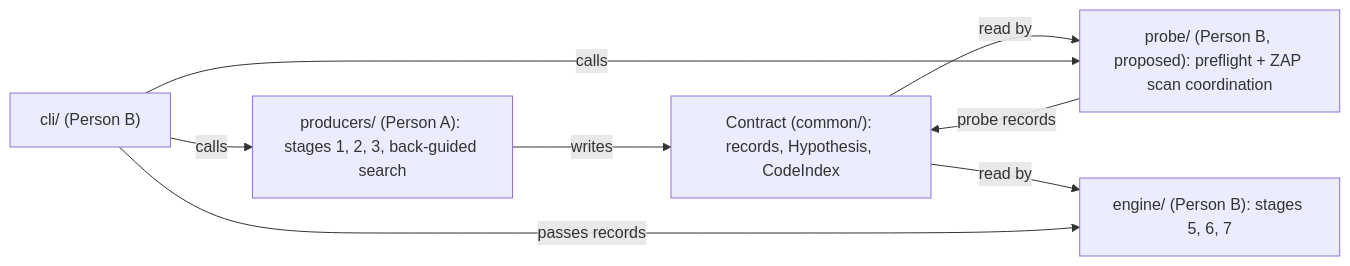
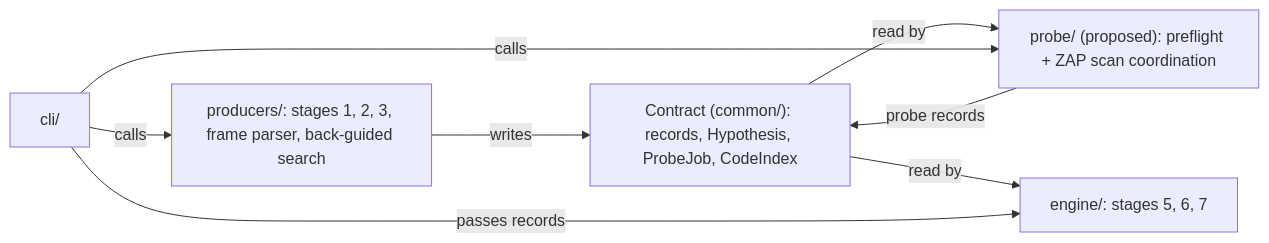
The diagram in docs/repo-structure.md (ROHITH-KUMAR-L/elenchus), drawn with Mermaid before and after one commit. The commit also changed other lines of this file and 15 other files, not shown here.

````diff
--- a/docs/repo-structure.md
+++ b/docs/repo-structure.md
@@ -89,15 +63,15 @@
 ```mermaid
 flowchart LR
-    stat["producers/ (Person A): stages 1, 2, 3, back-guided search"]
-    contract["Contract (common/): records, Hypothesis, CodeIndex"]
-    probe["probe/ (Person B, proposed): preflight + ZAP scan coordination"]
-    eng["engine/ (Person B): stages 5, 6, 7"]
-    cli["cli/ (Person B)"]
+    stat["producers/: stages 1, 2, 3, frame parser, back-guided search"]
+    contract["Contract (common/): records, Hypothesis, ProbeJob, CodeIndex"]
+    probe["probe/ (proposed): preflight + ZAP scan coordination"]
+    eng["engine/: stages 5, 6, 7"]
+    cli["cli/"]
     stat -- writes --> contract
     contract -- read by --> probe
     probe -- probe records --> contract
     contract -- read by --> eng
     cli -- calls --> stat
     cli -- calls --> probe
     cli -- passes records --> eng
 ```
````
